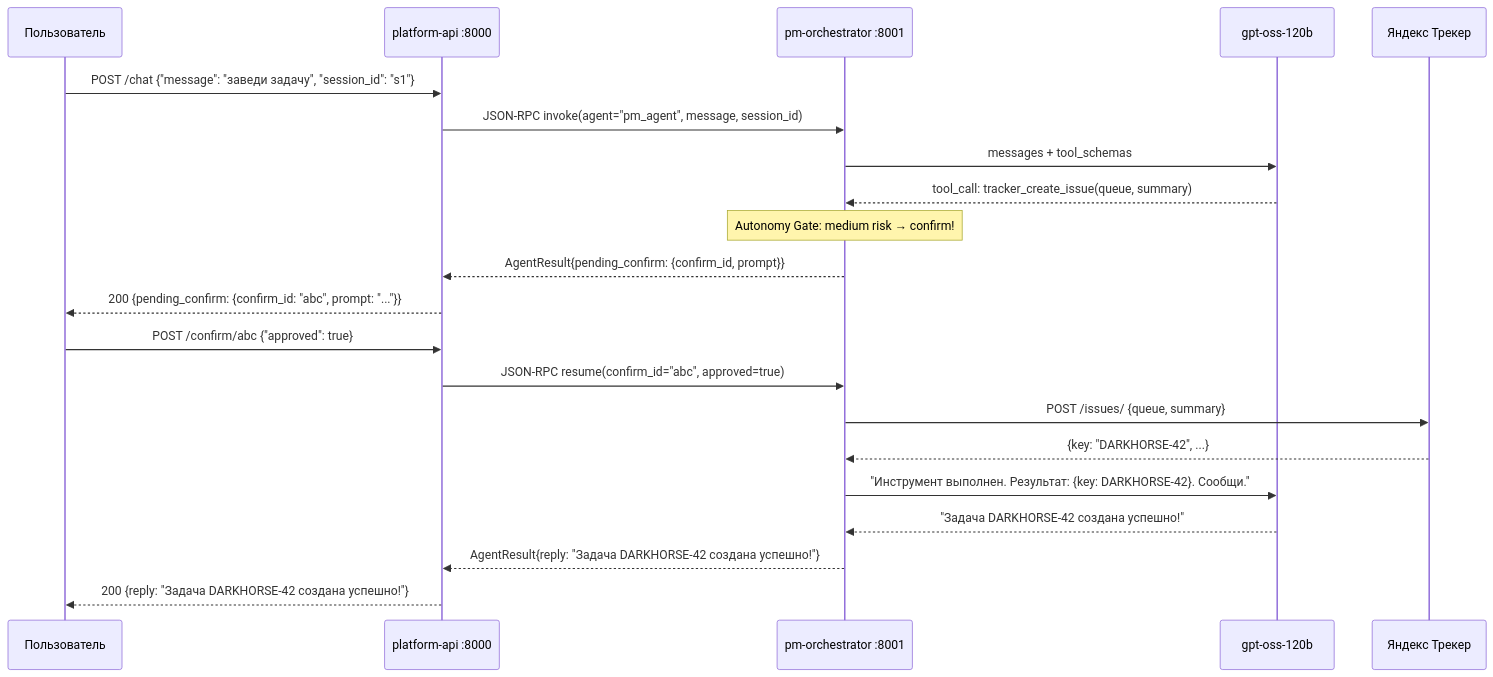
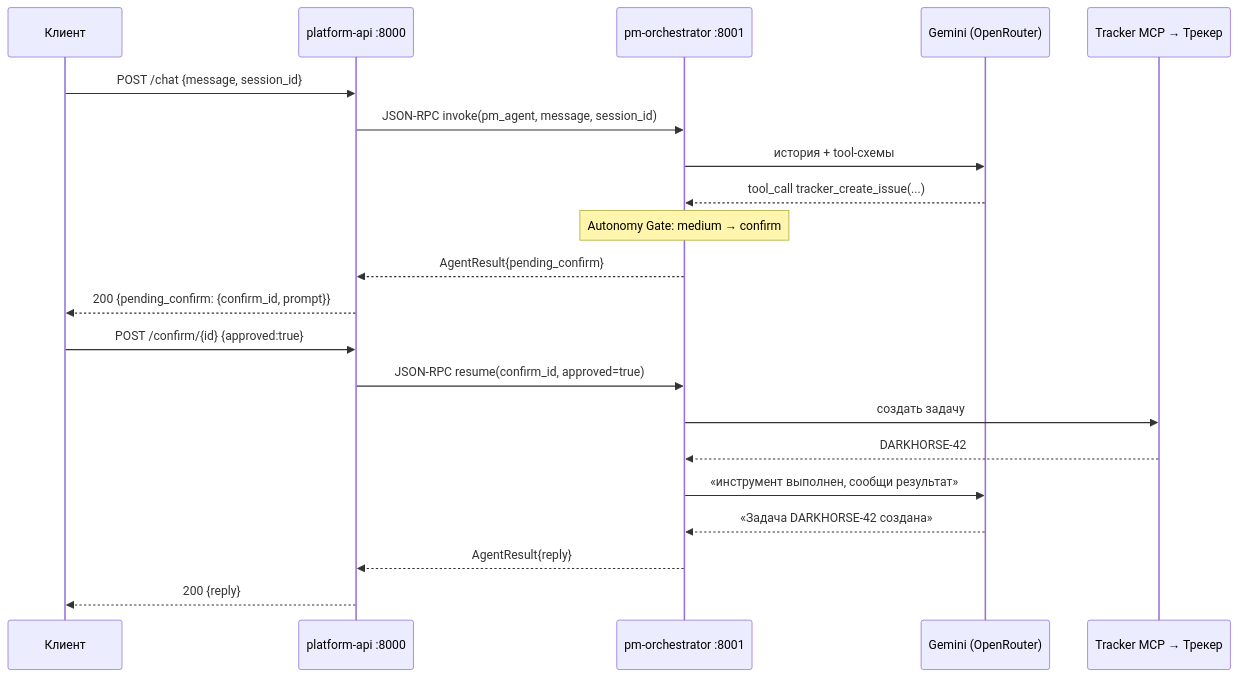
Before and after one commit to Kasuich/telegram_scrum_master: the third of 5 diagrams in docs/ARCHITECTURE.md, drawn with Mermaid. The commit also changed other lines of this file and 21 other files, not shown here.

First line of the commit message:
docs: overhaul documentation — accurate architecture + from-scratch README

````diff
--- a/docs/ARCHITECTURE.md
+++ b/docs/ARCHITECTURE.md
@@ -72,31 +206,25 @@
 ```mermaid
 sequenceDiagram
-    participant U as Пользователь
+    participant U as Клиент
     participant API as platform-api :8000
     participant ORC as pm-orchestrator :8001
-    participant LLM as gpt-oss-120b
-    participant TR as Яндекс Трекер
+    participant LLM as Gemini (OpenRouter)
+    participant TR as Tracker MCP → Трекер
 
-    U->>API: POST /chat {"message": "заведи задачу", "session_id": "s1"}
-    API->>ORC: JSON-RPC invoke(agent="pm_agent", message, session_id)
+    U->>API: POST /chat {message, session_id}
+    API->>ORC: JSON-RPC invoke(pm_agent, message, session_id)
+    ORC->>LLM: история + tool-схемы
+    LLM-->>ORC: tool_call tracker_create_issue(...)
+    note over ORC: Autonomy Gate: medium → confirm
+    ORC-->>API: AgentResult{pending_confirm}
+    API-->>U: 200 {pending_confirm: {confirm_id, prompt}}
 
-    ORC->>LLM: messages + tool_schemas
-    LLM-->>ORC: tool_call: tracker_create_issue(queue, summary)
-
-    note over ORC: Autonomy Gate: medium risk → confirm!
-
-    ORC-->>API: AgentResult{pending_confirm: {confirm_id, prompt}}
-    API-->>U: 200 {pending_confirm: {confirm_id: "abc", prompt: "..."}}
-
-    U->>API: POST /confirm/abc {"approved": true}
-    API->>ORC: JSON-RPC resume(confirm_id="abc", approved=true)
-
-    ORC->>TR: POST /issues/ {queue, summary}
-    TR-->>ORC: {key: "DARKHORSE-42", ...}
-
-    ORC->>LLM: "Инструмент выполнен. Результат: {key: DARKHORSE-42}. Сообщи."
-    LLM-->>ORC: "Задача DARKHORSE-42 создана успешно!"
-
-    ORC-->>API: AgentResult{reply: "Задача DARKHORSE-42 создана успешно!"}
-    API-->>U: 200 {reply: "Задача DARKHORSE-42 создана успешно!"}
+    U->>API: POST /confirm/{id} {approved:true}
+    API->>ORC: JSON-RPC resume(confirm_id, approved=true)
+    ORC->>TR: создать задачу
+    TR-->>ORC: DARKHORSE-42
+    ORC->>LLM: «инструмент выполнен, сообщи результат»
+    LLM-->>ORC: «Задача DARKHORSE-42 создана»
+    ORC-->>API: AgentResult{reply}
+    API-->>U: 200 {reply}
 ```
````
